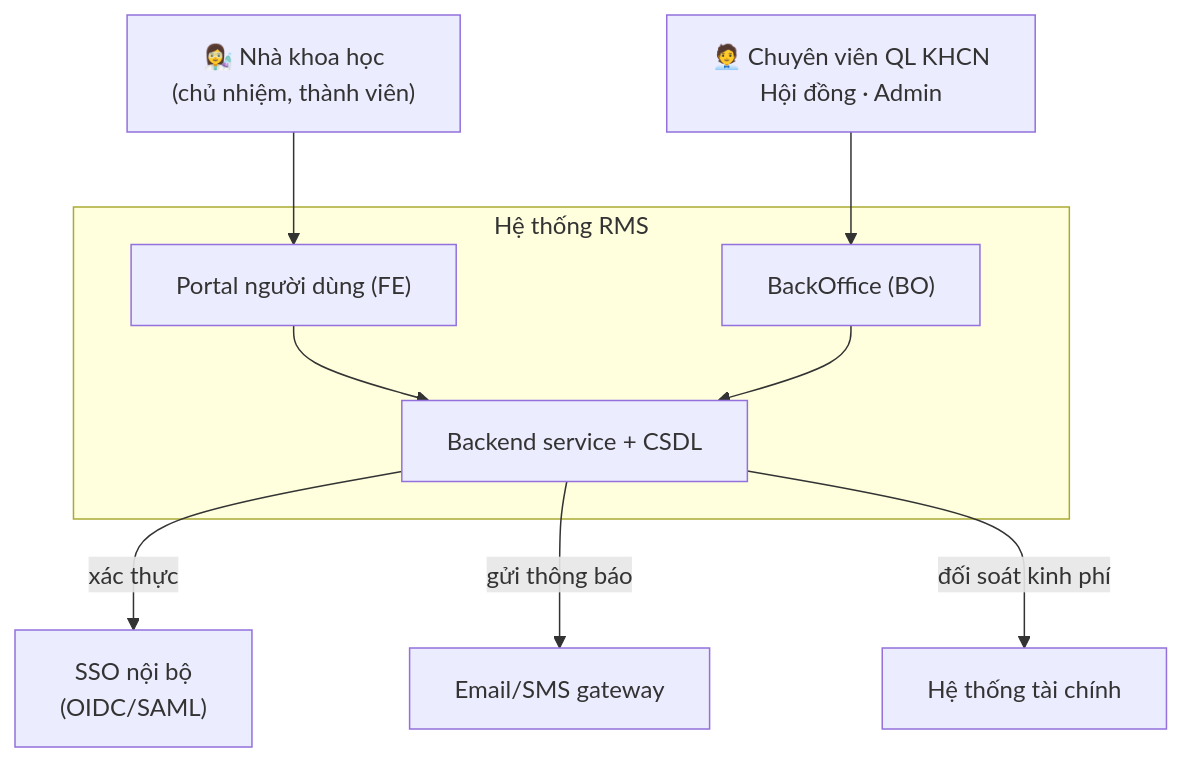
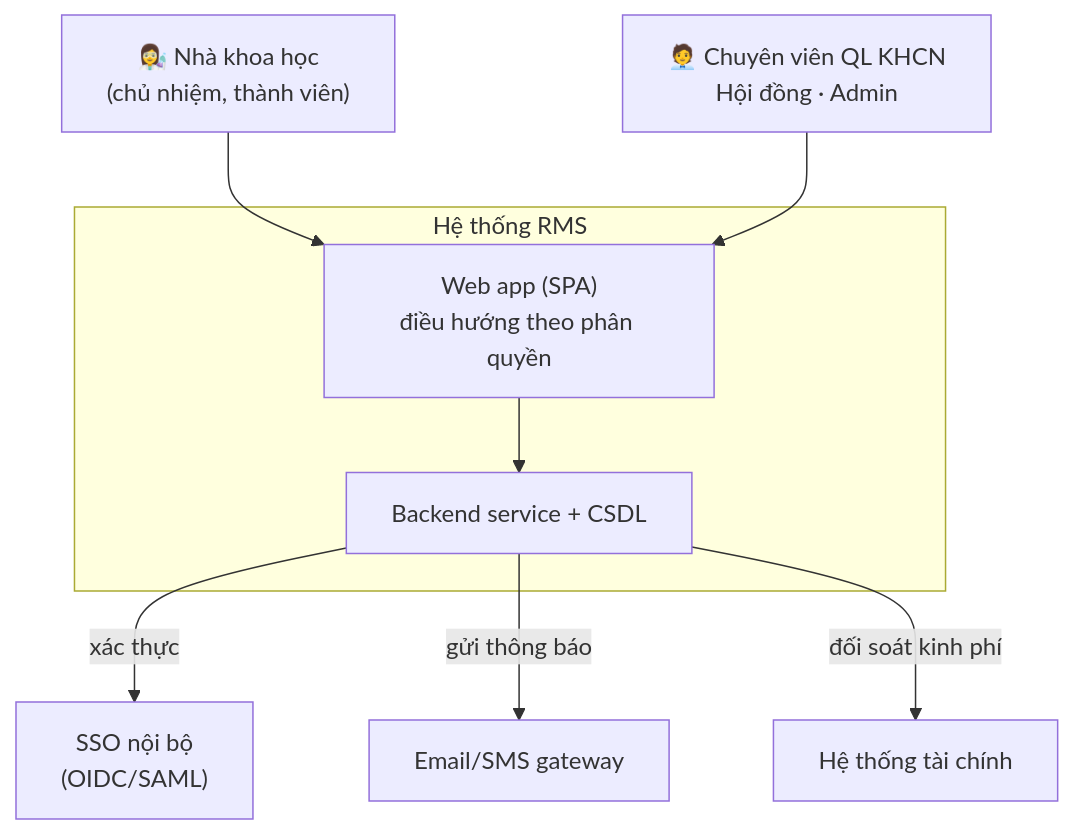
One commit to PTZero2026/rms-docs changed the first of 2 diagrams in docs/architecture/overview.md. Above: the diagram before and after it, drawn with Mermaid. The commit also changed other lines of this file and 32 other files, not shown here.

````diff
--- a/docs/architecture/overview.md
+++ b/docs/architecture/overview.md
@@ -15,23 +15,21 @@
 ```mermaid
 flowchart TB
     NKH["👩‍🔬 Nhà khoa học<br/>(chủ nhiệm, thành viên)"]
     CV["🧑‍💼 Chuyên viên QL KHCN<br/>Hội đồng · Admin"]
 
     subgraph RMS["Hệ thống RMS"]
-        FE["Portal người dùng (FE)"]
-        BO["BackOffice (BO)"]
+        WEB["Web app (SPA)<br/>điều hướng theo phân quyền"]
         BE["Backend service + CSDL"]
-        FE --> BE
-        BO --> BE
+        WEB --> BE
     end
 
     SSO["SSO nội bộ<br/>(OIDC/SAML)"]
     MAIL["Email/SMS gateway"]
     FIN["Hệ thống tài chính"]
 
-    NKH --> FE
-    CV --> BO
+    NKH --> WEB
+    CV --> WEB
     BE -->|xác thực| SSO
     BE -->|gửi thông báo| MAIL
     BE -->|đối soát kinh phí| FIN
 ```
````
